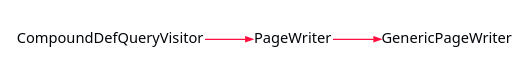
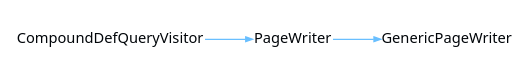
Before and after one commit to CharlesCarley/MdDox: the diagram in Current/images/internal-diagram-31.dot, drawn with Graphviz. The commit also changed 124 other files, not shown here.

```diff
--- a/Current/images/internal-diagram-31.dot
+++ b/Current/images/internal-diagram-31.dot
@@ -1,35 +1,35 @@
 digraph {
  rankdir = "LR"
  bgcolor = none;
  layout  = dot;
  edge [
    arrowsize = "0.5"
-   color     = "#FF1040FF"
+   color     = "#69BFFFFF"
  ]
- dararGf[
+ WZocf2Z[
    shape    = none
    label    = "CompoundDefQueryVisitor"
    margin   = "0.01"
    fontname = "Segoe UI"
    fontsize = "11"
    fontcolor= "#010509FF"
  ]
- WmGarGf[
+ Waocf2Z[
    shape    = none
    label    = "PageWriter"
    margin   = "0.01"
    fontname = "Segoe UI"
    fontsize = "11"
    fontcolor= "#010509FF"
  ]
- dEfarGf[
+ WyWcf2Z[
    shape    = none
    label    = "GenericPageWriter"
    margin   = "0.01"
    fontname = "Segoe UI"
    fontsize = "11"
    fontcolor= "#010509FF"
  ]
- WmGarGf->dEfarGf
- dararGf->WmGarGf
+ Waocf2Z->WyWcf2Z
+ WZocf2Z->Waocf2Z
 }
```
